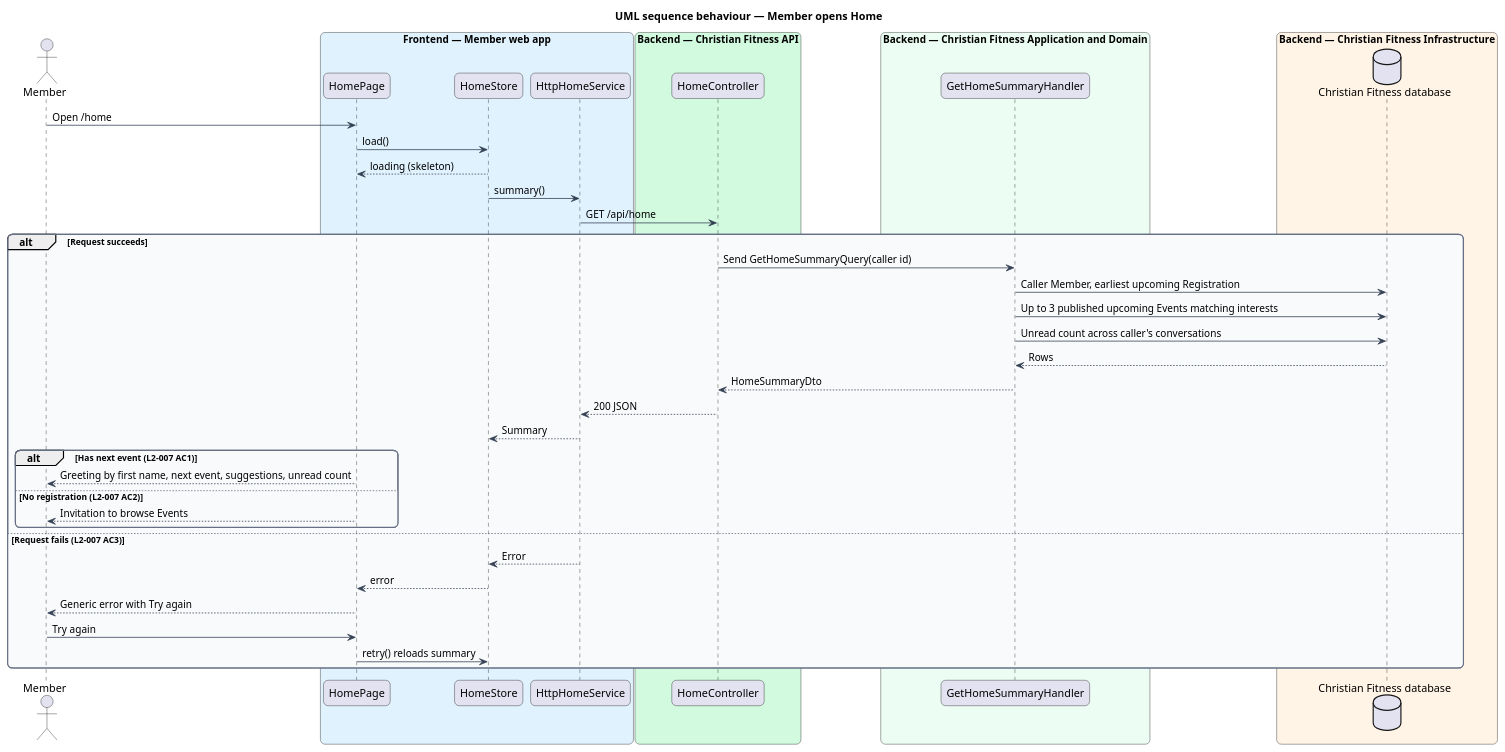
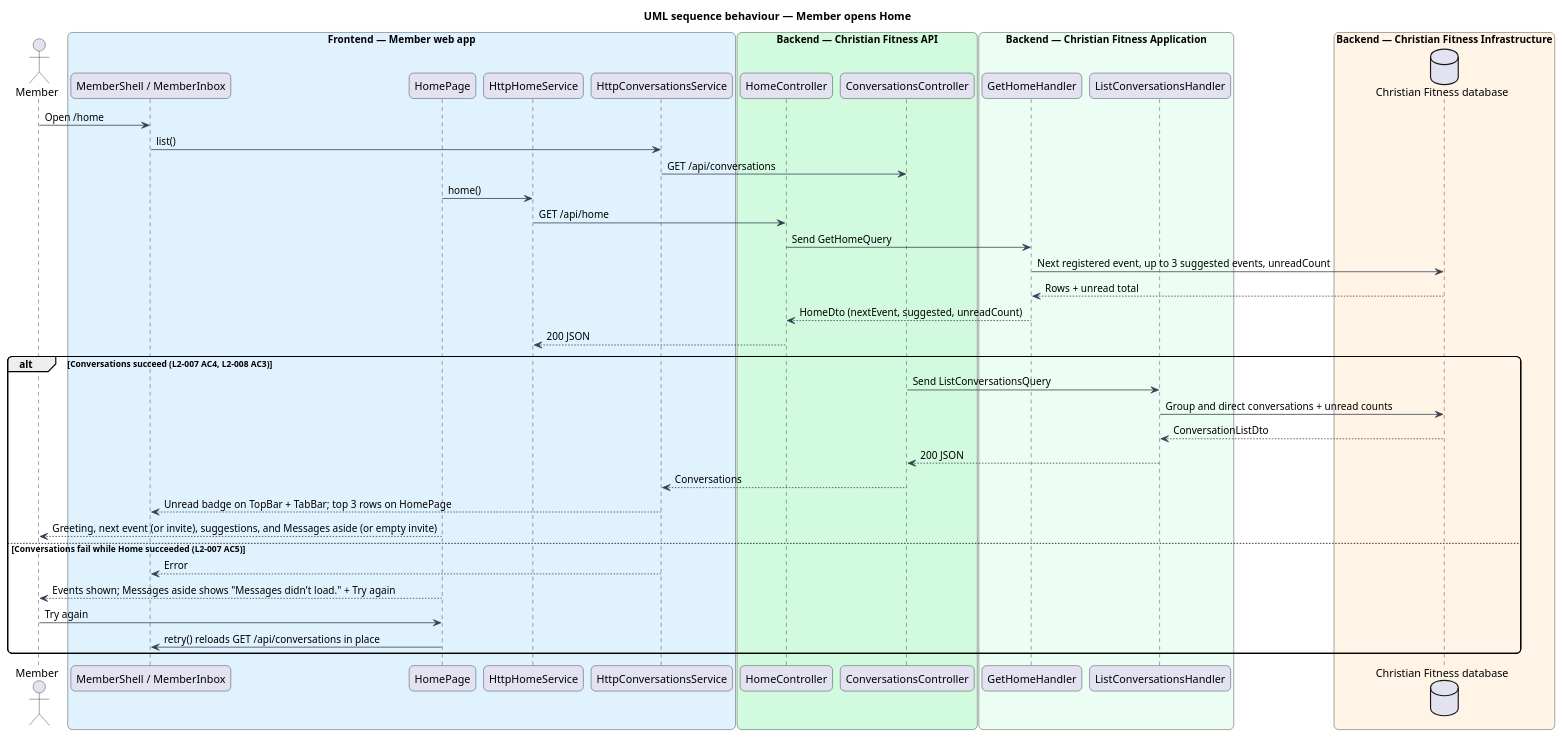
The diagram in docs/detailed-designs/member-home/view-home/diagrams/sequence-view-home.puml (QuinntyneBrown/christian-fitness), drawn with PlantUML before and after one commit. The commit also changed 5 other files, not shown here.

```diff
--- a/docs/detailed-designs/member-home/view-home/diagrams/sequence-view-home.puml
+++ b/docs/detailed-designs/member-home/view-home/diagrams/sequence-view-home.puml
@@ -1,58 +1,50 @@
 @startuml
 title UML sequence behaviour — Member opens Home
 skinparam backgroundColor #FFFFFF
 skinparam shadowing false
 skinparam roundcorner 12
 skinparam defaultFontName Arial
 skinparam ArrowColor #344054
-skinparam rectangle {
-  BorderColor #344054
-  FontColor #101828
-}
-skinparam package {
-  BorderColor #667085
-  FontColor #101828
-  BackgroundColor #F9FAFB
-}
 actor "Member" as actor
 box "Frontend — Member web app" #E0F2FE
+  participant "MemberShell / MemberInbox" as shell
   participant "HomePage" as page
-  participant "HomeStore" as store
-  participant "HttpHomeService" as client
+  participant "HttpHomeService" as homeClient
+  participant "HttpConversationsService" as convClient
 end box
 box "Backend — Christian Fitness API" #D1FADF
-  participant "HomeController" as ctrl
+  participant "HomeController" as homeCtrl
+  participant "ConversationsController" as convCtrl
 end box
-box "Backend — Christian Fitness Application and Domain" #ECFDF3
-  participant "GetHomeSummaryHandler" as h
+box "Backend — Christian Fitness Application" #ECFDF3
+  participant "GetHomeHandler" as homeH
+  participant "ListConversationsHandler" as convH
 end box
 box "Backend — Christian Fitness Infrastructure" #FFF4E5
   database "Christian Fitness database" as db
 end box
-actor -> page : Open /home
-page -> store : load()
-store --> page : loading (skeleton)
-store -> client : summary()
-client -> ctrl : GET /api/home
-alt Request succeeds
-  ctrl -> h : Send GetHomeSummaryQuery(caller id)
-  h -> db : Caller Member, earliest upcoming Registration
-  h -> db : Up to 3 published upcoming Events matching interests
-  h -> db : Unread count across caller's conversations
-  db --> h : Rows
-  h --> ctrl : HomeSummaryDto
-  ctrl --> client : 200 JSON
-  client --> store : Summary
-  alt Has next event (L2-007 AC1)
-    page --> actor : Greeting by first name, next event, suggestions, unread count
-  else No registration (L2-007 AC2)
-    page --> actor : Invitation to browse Events
-  end
-else Request fails (L2-007 AC3)
-  client --> store : Error
-  store --> page : error
-  page --> actor : Generic error with Try again
+actor -> shell : Open /home
+shell -> convClient : list()
+convClient -> convCtrl : GET /api/conversations
+page -> homeClient : home()
+homeClient -> homeCtrl : GET /api/home
+homeCtrl -> homeH : Send GetHomeQuery
+homeH -> db : Next registered event, up to 3 suggested events, unreadCount
+db --> homeH : Rows + unread total
+homeH --> homeCtrl : HomeDto (nextEvent, suggested, unreadCount)
+homeCtrl --> homeClient : 200 JSON
+alt Conversations succeed (L2-007 AC4, L2-008 AC3)
+  convCtrl -> convH : Send ListConversationsQuery
+  convH -> db : Group and direct conversations + unread counts
+  db --> convH : ConversationListDto
+  convH --> convCtrl : 200 JSON
+  convCtrl --> convClient : Conversations
+  convClient --> shell : Unread badge on TopBar + TabBar; top 3 rows on HomePage
+  page --> actor : Greeting, next event (or invite), suggestions, and Messages aside (or empty invite)
+else Conversations fail while Home succeeded (L2-007 AC5)
+  convClient --> shell : Error
+  page --> actor : Events shown; Messages aside shows "Messages didn't load." + Try again
   actor -> page : Try again
-  page -> store : retry() reloads summary
+  page -> shell : retry() reloads GET /api/conversations in place
 end
 @enduml
```
